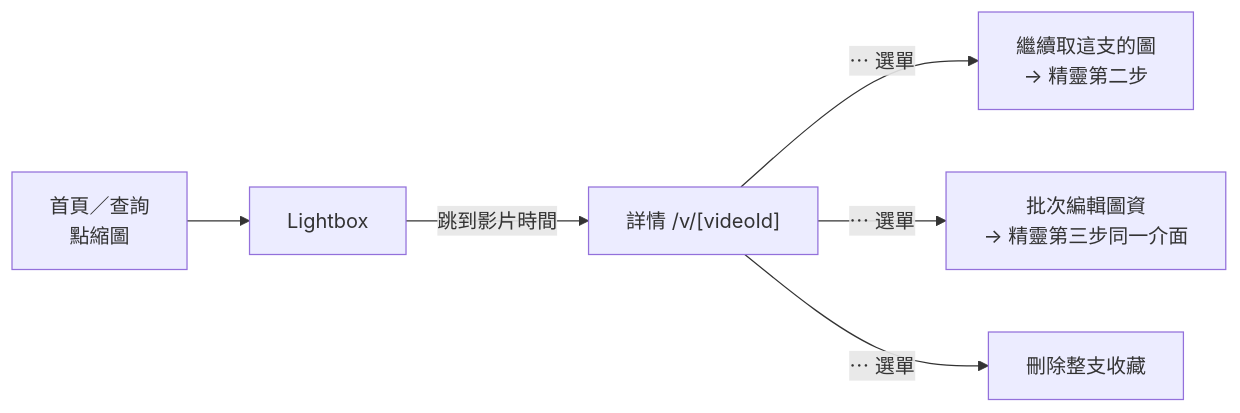
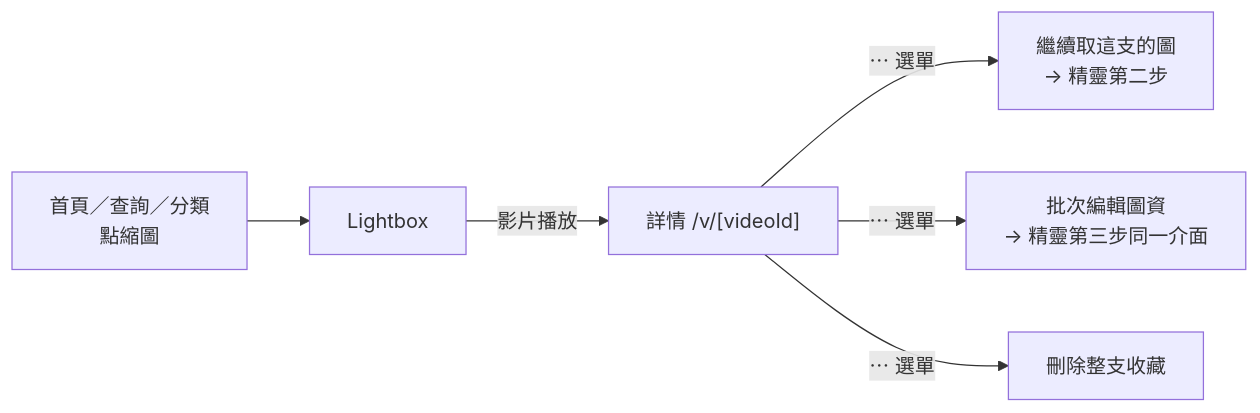
Before and after one commit to ScottChayaa/yt-space: the sixth of 6 diagrams in docs/superpowers/specs/2026-08-27-yt-space-shot-design.md, drawn with Mermaid. The commit also changed other lines of this file, not shown here.

````diff
--- a/docs/superpowers/specs/2026-08-27-yt-space-shot-design.md
+++ b/docs/superpowers/specs/2026-08-27-yt-space-shot-design.md
@@ -701,7 +755,7 @@
 ```mermaid
 flowchart LR
-    H["首頁／查詢<br/>點縮圖"] --> LB["Lightbox"] -->|跳到影片時間| V["詳情 /v/[videoId]"]
+    H["首頁／查詢／分類<br/>點縮圖"] --> LB["Lightbox"] -->|影片播放| V["詳情 /v/[videoId]"]
     V -->|⋯ 選單| A["繼續取這支的圖<br/>→ 精靈第二步"]
     V -->|⋯ 選單| B["批次編輯圖資<br/>→ 精靈第三步同一介面"]
     V -->|⋯ 選單| C["刪除整支收藏"]
 ```
````
